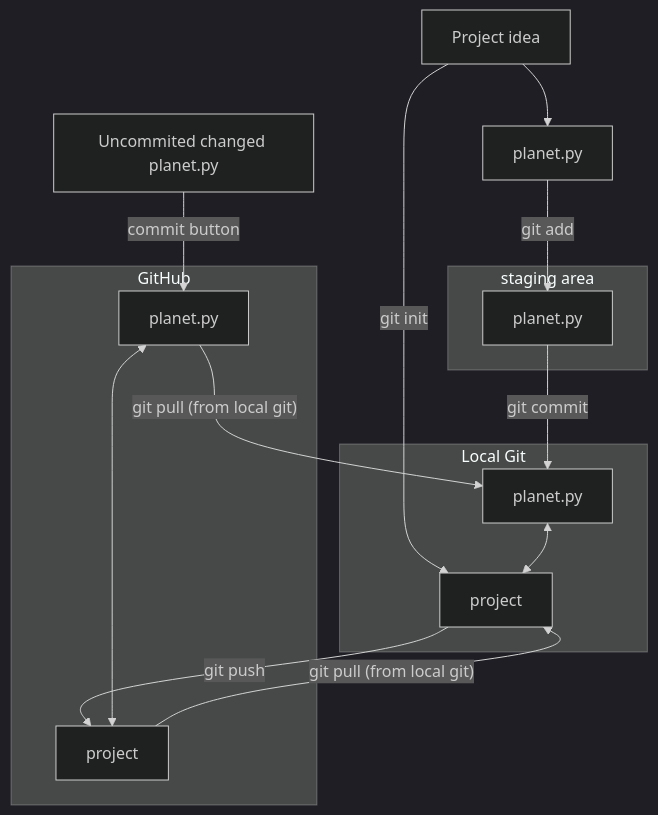
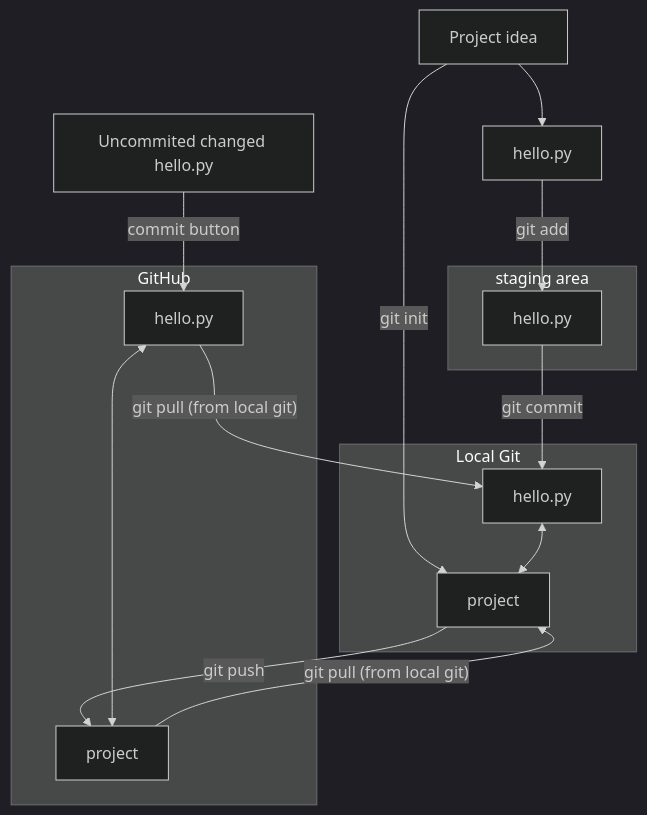
Before and after one commit to UPPMAX/programming_formalisms: the diagram in docs/project_start/startup.md, drawn with Mermaid (dark theme). The commit also changed other lines of this file, not shown here.

````diff
--- a/docs/project_start/startup.md
+++ b/docs/project_start/startup.md
@@ -508,29 +466,29 @@
 ```mermaid
 graph TB
 
 P["Project idea"] -->|git init| Node2
-P["Project idea"] --> planet.py -->|git add| Node4
+P["Project idea"] --> hello.py -->|git add| Node4
 Node4 --> |git commit| Node1
 Node2 --> |git push| Node5
 
-C[Uncommited changed planet.py] -->|commit button| R
+C[Uncommited changed hello.py] -->|commit button| R
 Node5 --> |"git pull (from local git)"| Node2
 R --> |"git pull (from local git)"| Node1
 R <--> Node5
        subgraph "Local Git"
         Node2[project]
-        Node1[planet.py]
+        Node1[hello.py]
         Node1 <--> Node2
 
         end
 
         subgraph "staging area"
-        Node4[planet.py]
+        Node4[hello.py]
         end
 
         subgraph "GitHub"
         Node5[project]
-        R[planet.py]
+        R[hello.py]
         end
 
 ```
````
